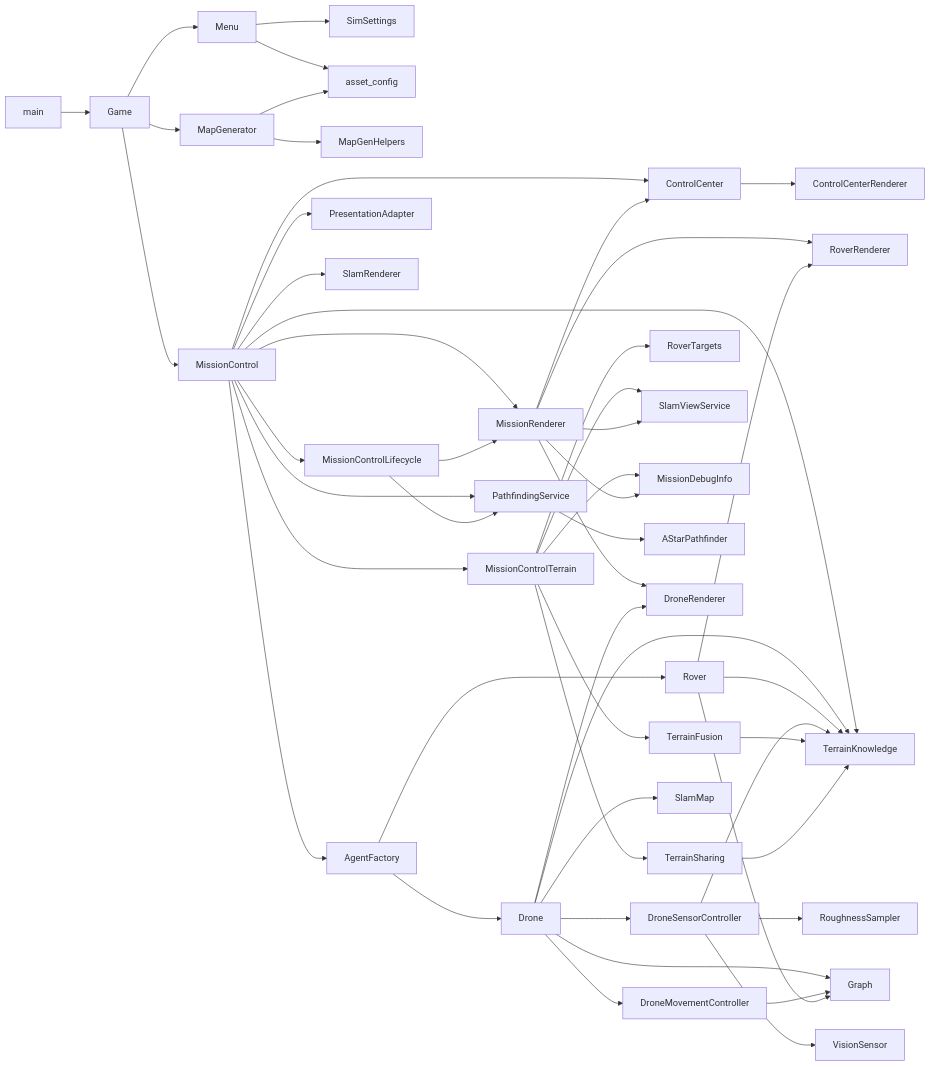
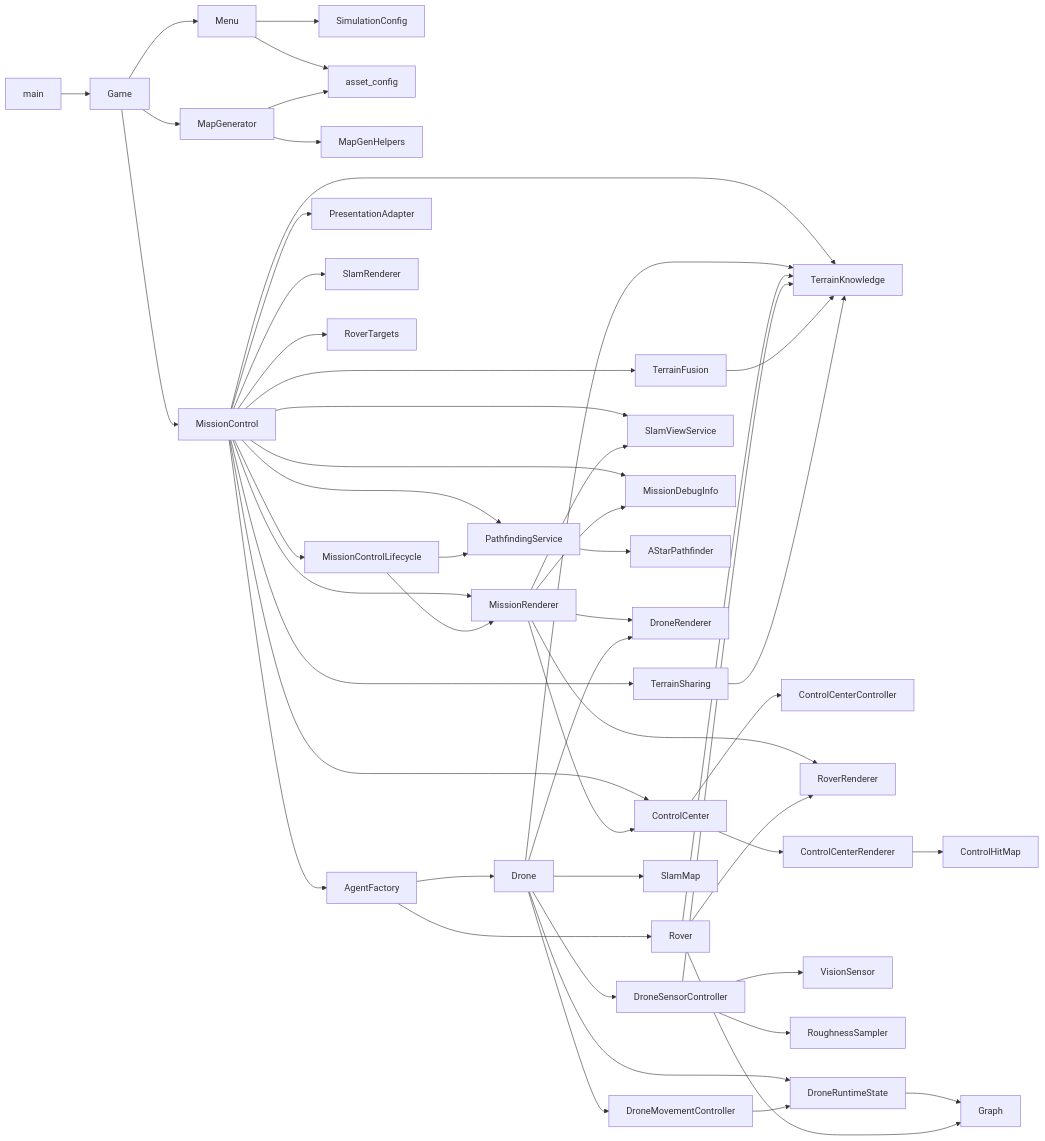
One commit to Gmark117/Cave_Game changed diagram 14 of 14 in CODEFLOW.md. Above: the diagram before and after it, drawn with Mermaid. The commit also changed other lines of this file and 82 other files, not shown here.

First line of the commit message:
Add control center view model, tests, and related functionality

````diff
--- a/CODEFLOW.md
+++ b/CODEFLOW.md
@@ -789,51 +878,53 @@
 ```mermaid
 flowchart LR
     main --> Game
     Game --> Menu
     Game --> MapGenerator
     Game --> MissionControl
-    Menu --> SimSettings
+    Menu --> SimulationConfig
     Menu --> asset_config
     MapGenerator --> MapGenHelpers
     MapGenerator --> asset_config
     MissionControl --> AgentFactory
     MissionControl --> PathfindingService
     MissionControl --> ControlCenter
     MissionControl --> PresentationAdapter
     MissionControl --> SlamRenderer
     MissionControl --> MissionRenderer
-    MissionControl --> MissionControlTerrain
     MissionControl --> TerrainKnowledge
-    MissionControlTerrain --> TerrainFusion
-    MissionControlTerrain --> TerrainSharing
-    MissionControlTerrain --> RoverTargets
-    MissionControlTerrain --> SlamViewService
-    MissionControlTerrain --> MissionDebugInfo
+    MissionControl --> TerrainFusion
+    MissionControl --> TerrainSharing
+    MissionControl --> RoverTargets
+    MissionControl --> SlamViewService
+    MissionControl --> MissionDebugInfo
     MissionControl --> MissionControlLifecycle
     MissionControlLifecycle --> PathfindingService
     PathfindingService --> AStarPathfinder
     MissionControlLifecycle --> MissionRenderer
     MissionRenderer --> SlamViewService
     MissionRenderer --> MissionDebugInfo
     MissionRenderer --> ControlCenter
+    ControlCenter --> ControlCenterController
     MissionRenderer --> DroneRenderer
     MissionRenderer --> RoverRenderer
     AgentFactory --> Drone
     AgentFactory --> Rover
     Drone --> TerrainKnowledge
     Rover --> TerrainKnowledge
-    Drone --> Graph
+    Drone --> DroneRuntimeState
+    DroneRuntimeState --> Graph
     Drone --> DroneMovementController
     Drone --> DroneSensorController
     Drone --> DroneRenderer
     Drone --> SlamMap
     DroneSensorController --> VisionSensor
     DroneSensorController --> RoughnessSampler
     DroneSensorController --> TerrainKnowledge
     TerrainFusion --> TerrainKnowledge
     TerrainSharing --> TerrainKnowledge
-    DroneMovementController --> Graph
+    DroneMovementController --> DroneRuntimeState
     Rover --> Graph
     Rover --> RoverRenderer
     ControlCenter --> ControlCenterRenderer
+    ControlCenterRenderer --> ControlHitMap
 ```
````
